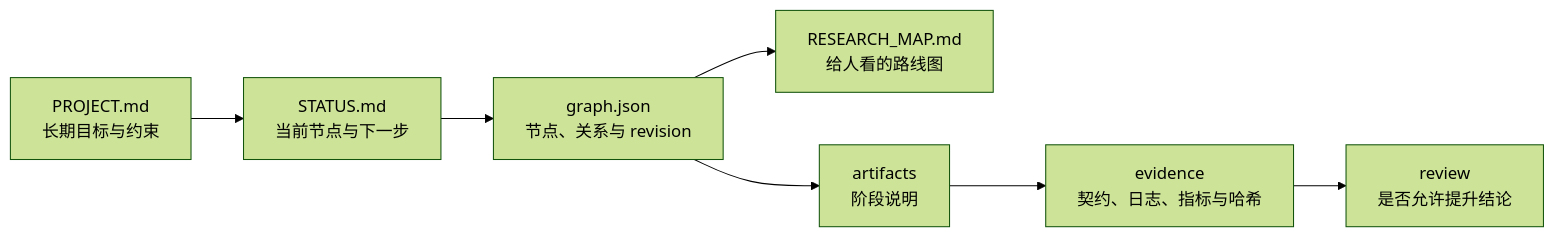
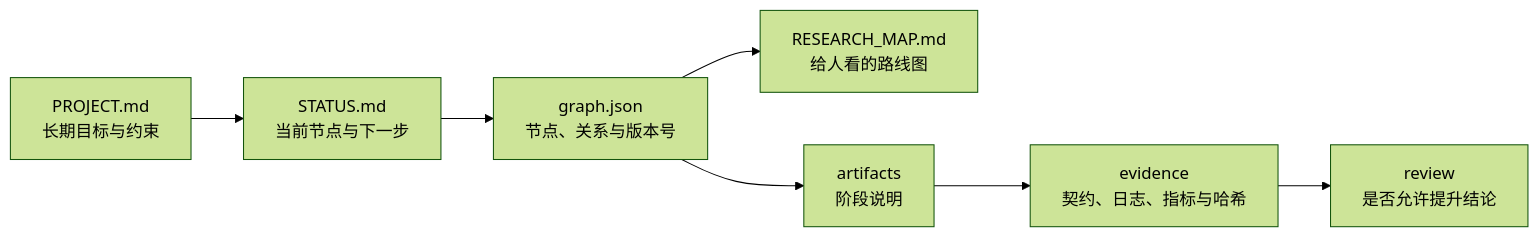
The diagram in docs/user-guide.zh.md (AlexenderSokolov/deepscientist-lite-codex-plugin), drawn with Mermaid (forest theme) before and after one commit. The commit also changed other lines of this file and 5 other files, not shown here.

First line of the commit message:
docs: rewrite documentation — remove AI tone, add mermaid diagrams

````diff
--- a/docs/user-guide.zh.md
+++ b/docs/user-guide.zh.md
@@ -18,9 +16,9 @@
 ```mermaid
 flowchart LR
     P["PROJECT.md<br/>长期目标与约束"] --> S["STATUS.md<br/>当前节点与下一步"]
-    S --> G["graph.json<br/>节点、关系与 revision"]
+    S --> G["graph.json<br/>节点、关系与版本号"]
     G --> M["RESEARCH_MAP.md<br/>给人看的路线图"]
     G --> A["artifacts<br/>阶段说明"]
     A --> E["evidence<br/>契约、日志、指标与哈希"]
     E --> R["review<br/>是否允许提升结论"]
 ```
````
